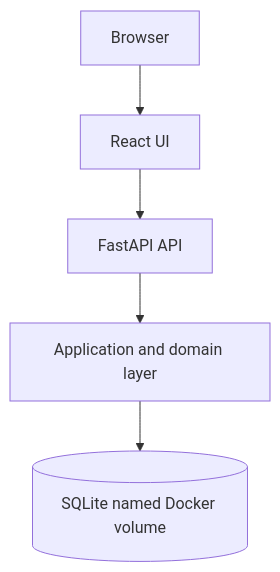
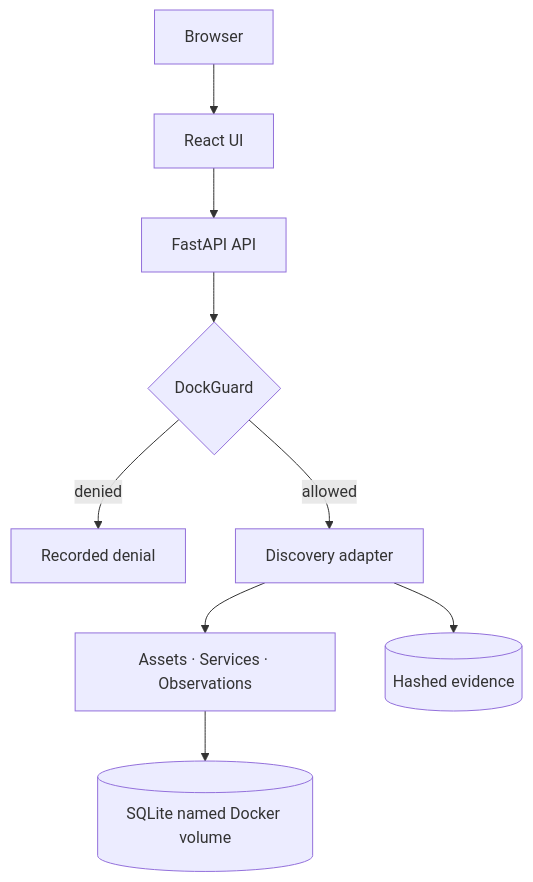
The diagram in README.md (chriswayneh/RedDock), drawn with Mermaid before and after one commit. The commit also changed other lines of this file and 54 other files, not shown here.

````diff
--- a/README.md
+++ b/README.md
@@ -74,7 +80,11 @@
 ```mermaid
 flowchart TB
   Browser[Browser] --> UI[React UI]
   UI --> API[FastAPI API]
-  API --> Service[Application and domain layer]
-  Service --> Database[(SQLite named Docker volume)]
+  API --> Guard{DockGuard}
+  Guard -->|denied| Audit[Recorded denial]
+  Guard -->|allowed| Adapter[Discovery adapter]
+  Adapter --> Normalize[Assets · Services · Observations]
+  Normalize --> Database[(SQLite named Docker volume)]
+  Adapter --> Evidence[(Hashed evidence)]
 ```
````
